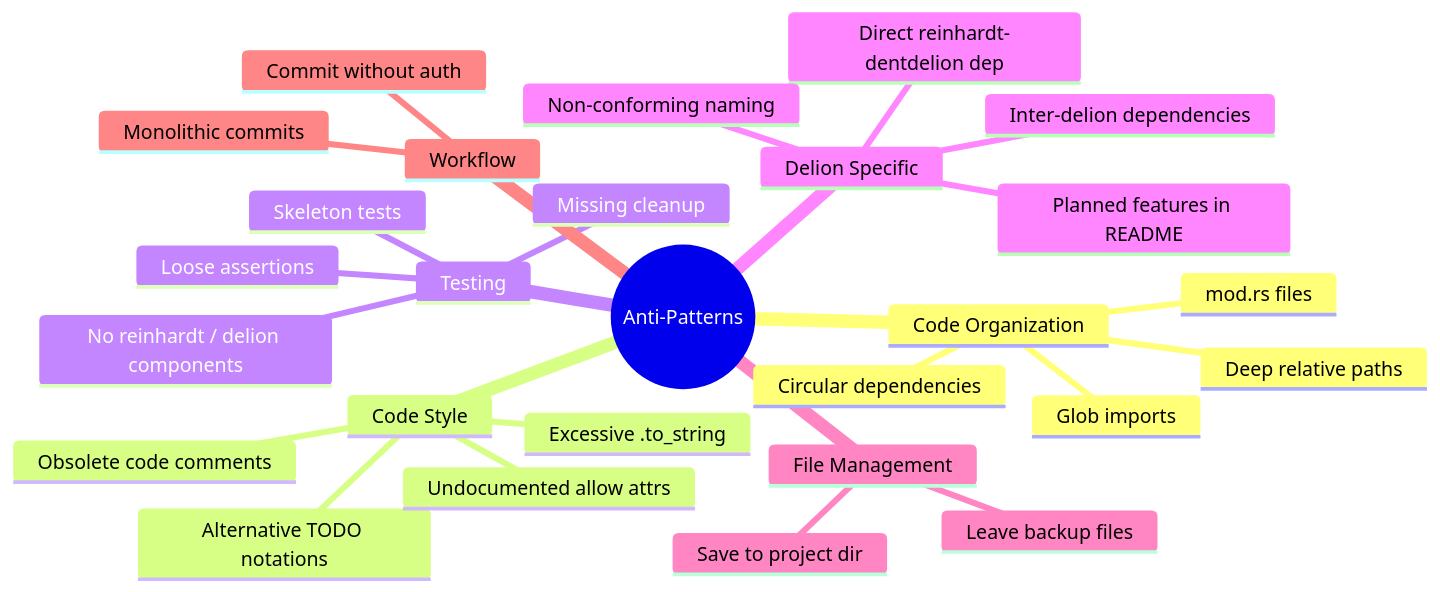
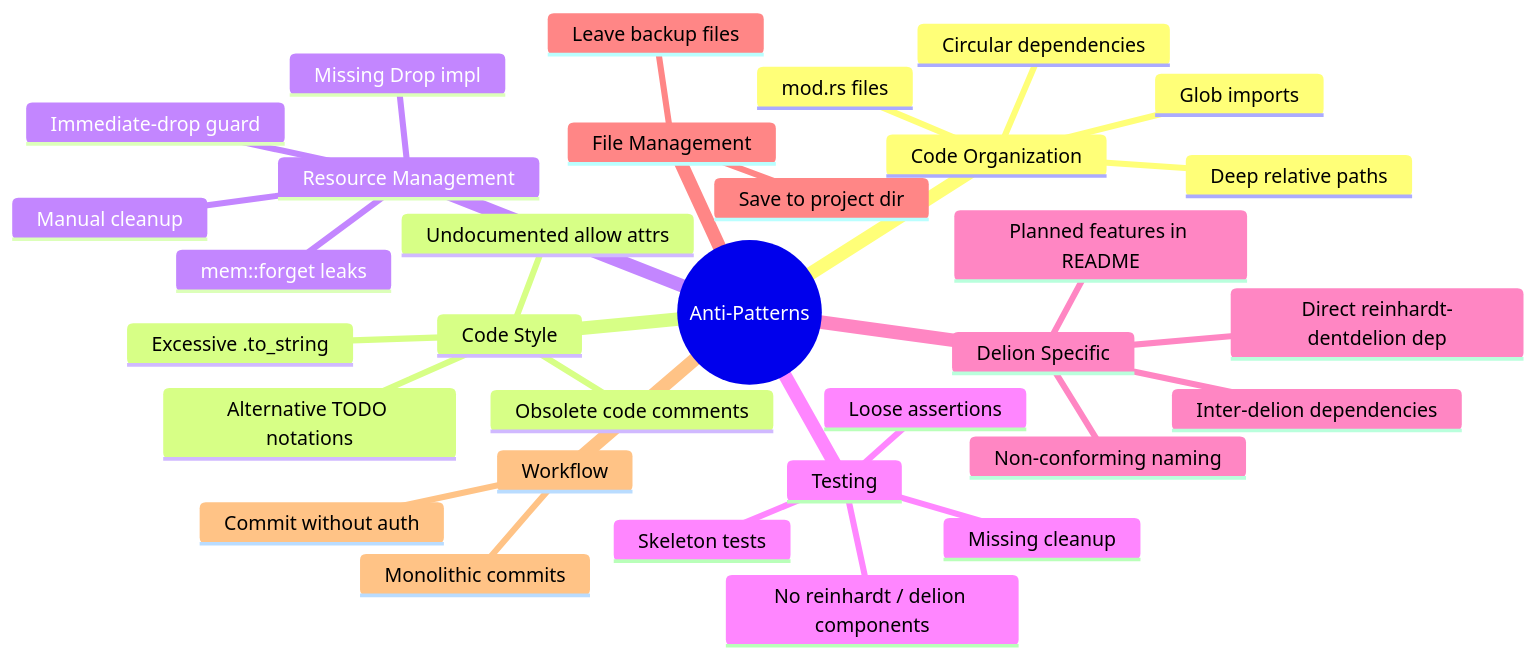
The diagram in instructions/ANTI_PATTERNS.md (kent8192/awesome-delions), drawn with Mermaid before and after one commit. The commit also changed other lines of this file and 1 other file, not shown here.

First line of the commit message:
docs: mandate RAII pattern for resource management

````diff
--- a/instructions/ANTI_PATTERNS.md
+++ b/instructions/ANTI_PATTERNS.md
@@ -11,30 +11,35 @@
 ```mermaid
 mindmap
   root((Anti-Patterns))
     Code Organization
       mod.rs files
       Glob imports
       Circular dependencies
       Deep relative paths
     Code Style
       Excessive .to_string
       Obsolete code comments
       Alternative TODO notations
       Undocumented allow attrs
+    Resource Management
+      Manual cleanup
+      mem::forget leaks
+      Immediate-drop guard
+      Missing Drop impl
     Testing
       Skeleton tests
       No reinhardt / delion components
       Missing cleanup
       Loose assertions
     Delion Specific
       Direct reinhardt-dentdelion dep
       Inter-delion dependencies
       Non-conforming naming
       Planned features in README
     File Management
       Save to project dir
       Leave backup files
     Workflow
       Commit without auth
       Monolithic commits
 ```
````
